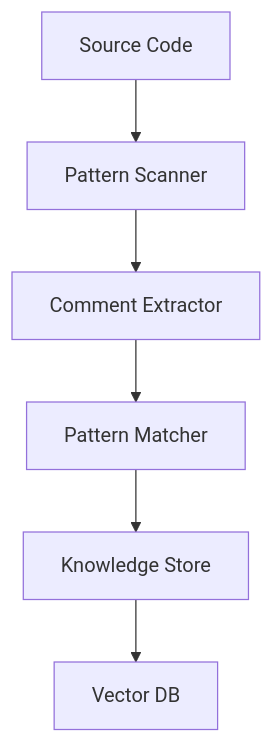
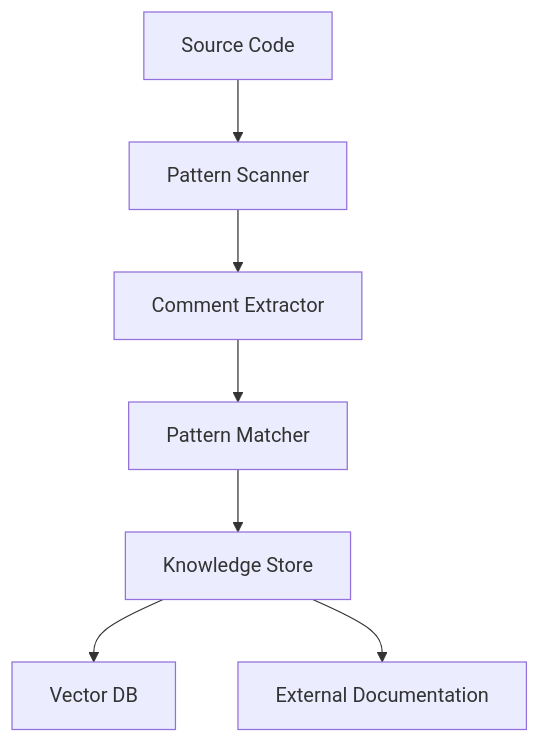
The first of 3 diagrams in memory_bank/systemPatterns.md (shanemmattner/devLedger), drawn with Mermaid before and after one commit. The commit also changed other lines of this file and 6 other files, not shown here.

````diff
--- a/memory_bank/systemPatterns.md
+++ b/memory_bank/systemPatterns.md
@@ -91,8 +101,9 @@
 ```mermaid
 flowchart TD
     A[Source Code] --> B[Pattern Scanner]
     B --> C[Comment Extractor]
     C --> D[Pattern Matcher]
     D --> E[Knowledge Store]
     E --> F[Vector DB]
+    E --> G[External Documentation]
 ```
````
